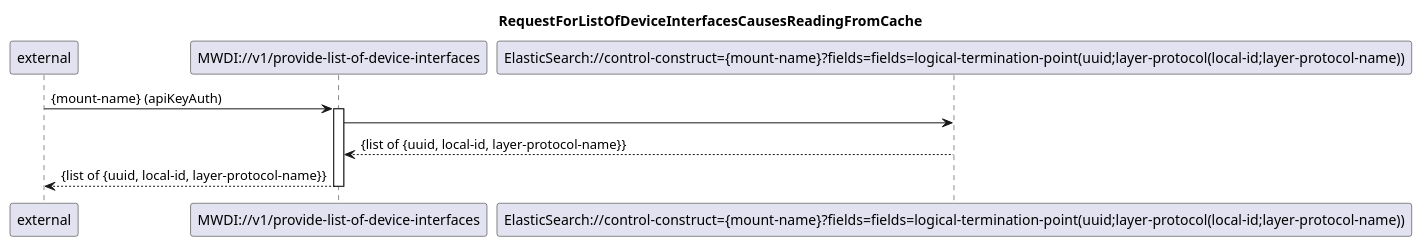
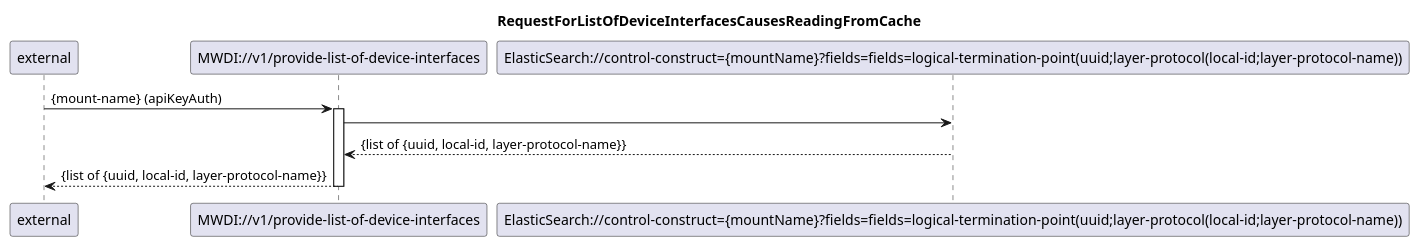
The diagram in spec/diagrams/101_ProvideListOfDeviceInterfaces.plantuml (openBackhaul/MicroWaveDeviceInventory), drawn with PlantUML before and after one commit. The commit also changed 11 other files, not shown here.

First line of the commit message:
Replace parameter mount-name by mountName

```diff
--- a/spec/diagrams/101_ProvideListOfDeviceInterfaces.plantuml
+++ b/spec/diagrams/101_ProvideListOfDeviceInterfaces.plantuml
@@ -1,19 +1,19 @@
 @startuml 101_provideListOfDeviceInterfaces
 skinparam responseMessageBelowArrow true
 
 title  RequestForListOfDeviceInterfacesCausesReadingFromCache
 
 participant "external" as requestor
 participant "MWDI://v1/provide-list-of-device-interfaces" as provideListOfDeviceInterfaces
-participant "ElasticSearch://control-construct={mount-name}?fields=fields=logical-termination-point(uuid;layer-protocol(local-id;layer-protocol-name))" as DeviceInterfaceList
+participant "ElasticSearch://control-construct={mountName}?fields=fields=logical-termination-point(uuid;layer-protocol(local-id;layer-protocol-name))" as DeviceInterfaceList
 
 requestor -> provideListOfDeviceInterfaces: {mount-name} (apiKeyAuth)
 activate provideListOfDeviceInterfaces
 
 provideListOfDeviceInterfaces -> DeviceInterfaceList
 DeviceInterfaceList --> provideListOfDeviceInterfaces: {list of {uuid, local-id, layer-protocol-name}}
 
 provideListOfDeviceInterfaces --> requestor: {list of {uuid, local-id, layer-protocol-name}}
 deactivate provideListOfDeviceInterfaces
 
 @enduml
```
